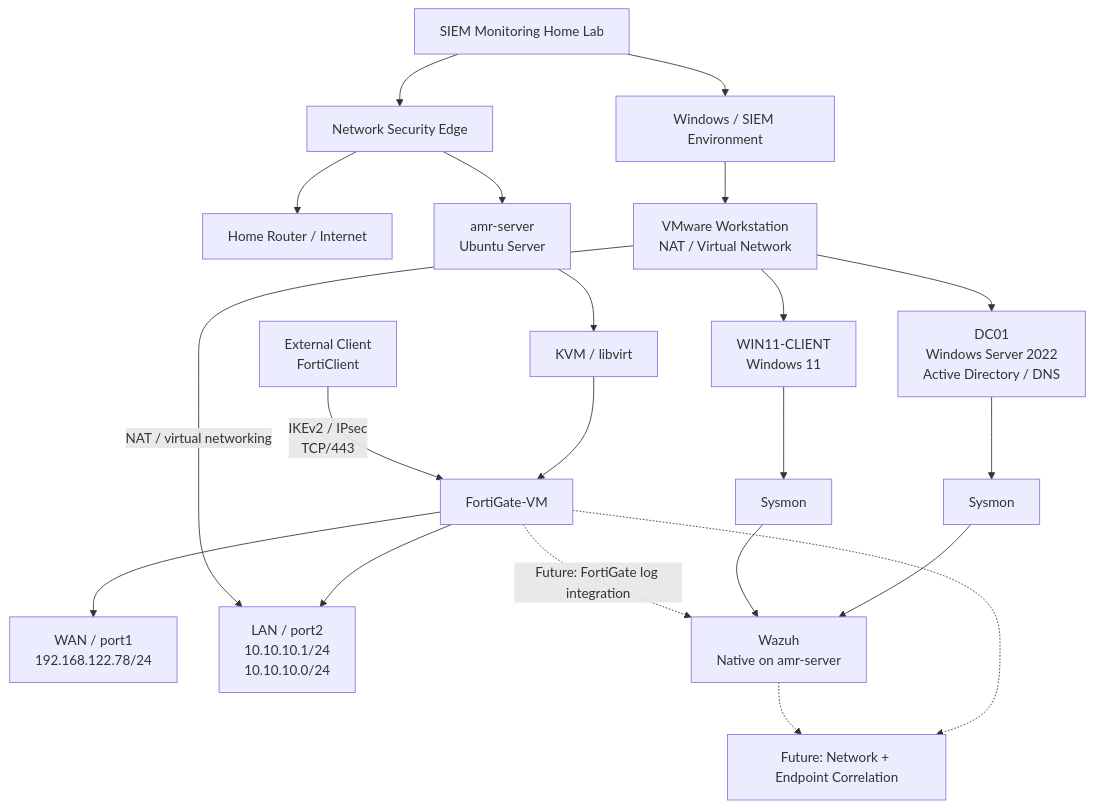
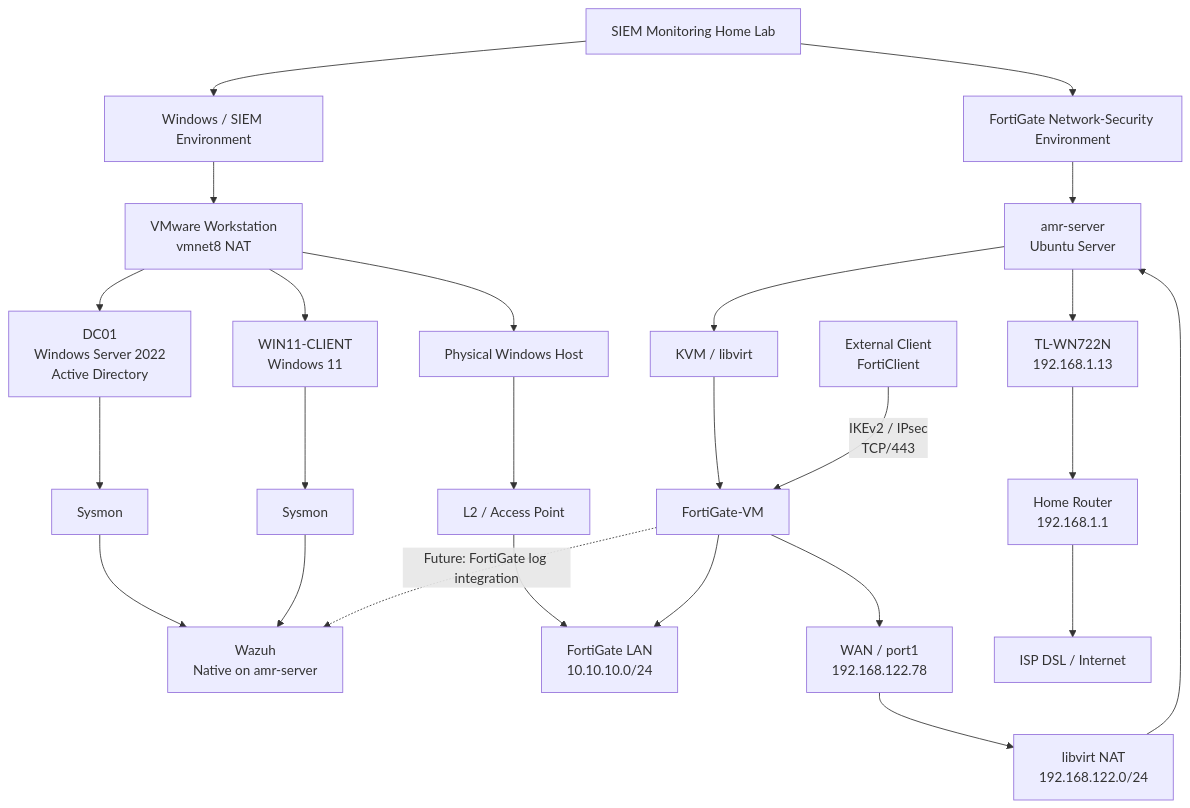
One commit to amr294/SIEM-Monitoring-Home-Lab changed the diagram in README.md. Above: the diagram before and after it, drawn with Mermaid. The commit also changed 5 other files, not shown here.

Commit message:
align architecture and FortiGate documentation

````diff
--- a/README.md
+++ b/README.md
@@ -24,33 +24,45 @@
 ```mermaid
 flowchart TB
     LAB[SIEM Monitoring Home Lab]
 
-    LAB --> EDGE[Network Security Edge]
-    LAB --> SIEM[Windows / SIEM Environment]
+    LAB --> WINENV[Windows / SIEM Environment]
+    LAB --> FGENV[FortiGate Network-Security Environment]
 
-    EDGE --> ROUTER[Home Router / Internet]
-    EDGE --> UBUNTU[amr-server<br/>Ubuntu Server]
+    %% Windows / SIEM environment
+    WINENV --> VMWARE[VMware Workstation<br/>vmnet8 NAT]
+
+    VMWARE --> DC[DC01<br/>Windows Server 2022<br/>Active Directory]
+    VMWARE --> WIN11[WIN11-CLIENT<br/>Windows 11]
+
+    DC --> SYS1[Sysmon]
+    WIN11 --> SYS2[Sysmon]
+
+    SYS1 --> WAZUH[Wazuh<br/>Native on amr-server]
+    SYS2 --> WAZUH
+
+    VMWARE --> WINHOST[Physical Windows Host]
+    WINHOST --> AP[L2 / Access Point]
+    AP --> FGLAN[FortiGate LAN<br/>10.10.10.0/24]
+
+    %% FortiGate / KVM / WAN
+    FGENV --> UBUNTU[amr-server<br/>Ubuntu Server]
     UBUNTU --> KVM[KVM / libvirt]
     KVM --> FGT[FortiGate-VM]
 
-    FGT --> WAN[WAN / port1<br/>192.168.122.78/24]
-    FGT --> LAN[LAN / port2<br/>10.10.10.1/24<br/>10.10.10.0/24]
+    FGT --> FGLAN
+    FGT --> WAN[WAN / port1<br/>192.168.122.78]
 
+    WAN --> LIBVIRT[libvirt NAT<br/>192.168.122.0/24]
+    LIBVIRT --> UBUNTU
+
+    UBUNTU --> WIFI[TL-WN722N<br/>192.168.1.13]
+    WIFI --> ROUTER[Home Router<br/>192.168.1.1]
+    ROUTER --> ISP[ISP DSL / Internet]
+
+    %% Remote access VPN
     REMOTE[External Client<br/>FortiClient]
     REMOTE -->|IKEv2 / IPsec<br/>TCP/443| FGT
 
-    SIEM --> VMWARE[VMware Workstation<br/>NAT / Virtual Network]
-    VMWARE --> DC[DC01<br/>Windows Server 2022<br/>Active Directory / DNS]
-    VMWARE --> WIN11[WIN11-CLIENT<br/>Windows 11]
-    VMWARE -->|NAT / virtual networking| LAN
-
-    DC --> SYS1[Sysmon]
-    WIN11 --> SYS2[Sysmon]
-    SYS1 --> WAZUH[Wazuh<br/>Native on amr-server]
-    SYS2 --> WAZUH
-
+    %% Future SIEM integration
     FGT -.->|Future: FortiGate log integration| WAZUH
-    FUTURE[Future: Network + Endpoint Correlation]
-    FGT -.-> FUTURE
-    WAZUH -.-> FUTURE
 ```
````
